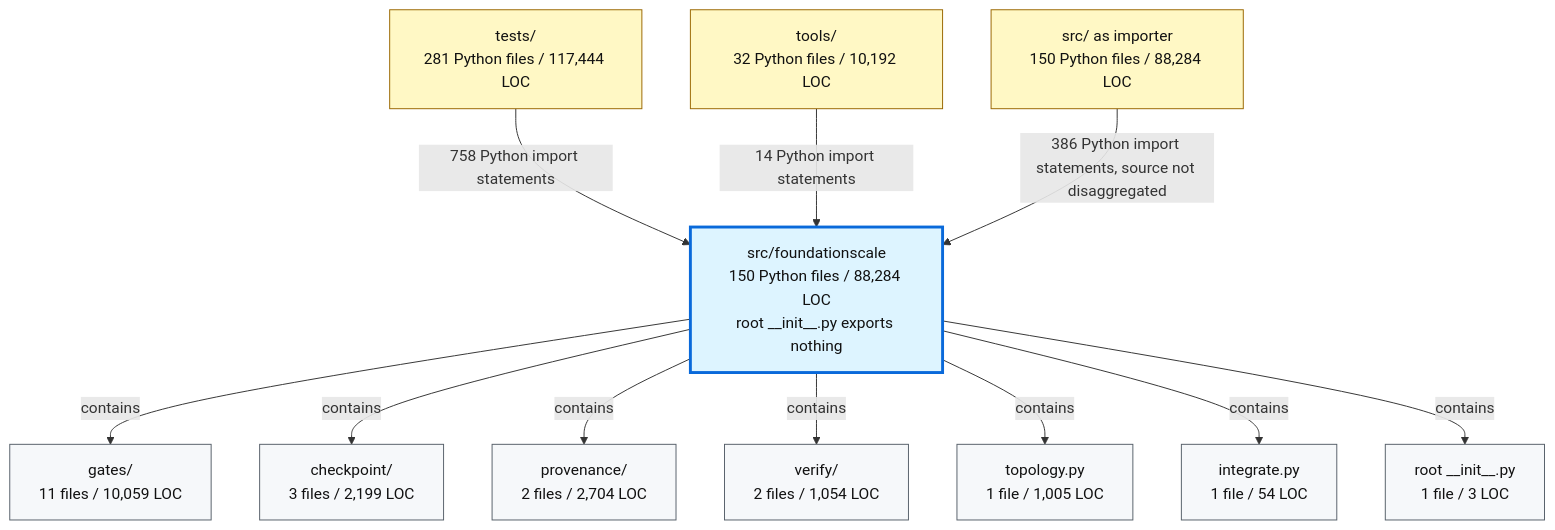
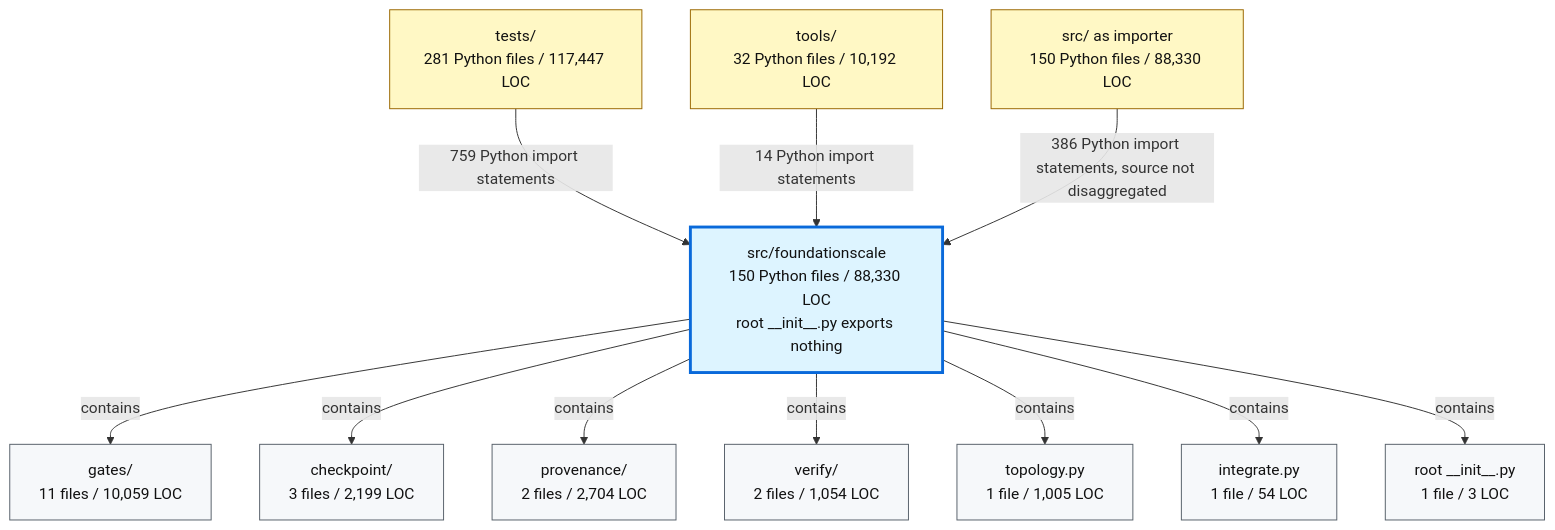
Before and after one commit to TranNhiem/FoundationScale: the second of 2 diagrams in docs/review/D2_current_architecture.md, drawn with Mermaid. The commit also changed other lines of this file and 14 other files, not shown here.

````diff
--- a/docs/review/D2_current_architecture.md
+++ b/docs/review/D2_current_architecture.md
@@ -97,36 +97,36 @@
 ```mermaid
 flowchart TB
-  TESTS["tests/<br/>281 Python files / 117,444 LOC"]
+  TESTS["tests/<br/>281 Python files / 117,447 LOC"]
   TOOLS["tools/<br/>32 Python files / 10,192 LOC"]
-  SRC["src/ as importer<br/>150 Python files / 88,284 LOC"]
+  SRC["src/ as importer<br/>150 Python files / 88,330 LOC"]
 
-  FS["src/foundationscale<br/>150 Python files / 88,284 LOC<br/>root __init__.py exports nothing"]
+  FS["src/foundationscale<br/>150 Python files / 88,330 LOC<br/>root __init__.py exports nothing"]
 
   GATES["gates/<br/>11 files / 10,059 LOC"]
   CKPT["checkpoint/<br/>3 files / 2,199 LOC"]
   PROV["provenance/<br/>2 files / 2,704 LOC"]
   VERIFY["verify/<br/>2 files / 1,054 LOC"]
   TOPO["topology.py<br/>1 file / 1,005 LOC"]
   INTEG["integrate.py<br/>1 file / 54 LOC"]
   ROOT["root __init__.py<br/>1 file / 3 LOC"]
 
-  TESTS -->|"758 Python import statements"| FS
+  TESTS -->|"759 Python import statements"| FS
   TOOLS -->|"14 Python import statements"| FS
   SRC -->|"386 Python import statements, source not disaggregated"| FS
 
   FS -->|"contains"| GATES
   FS -->|"contains"| CKPT
   FS -->|"contains"| PROV
   FS -->|"contains"| VERIFY
   FS -->|"contains"| TOPO
   FS -->|"contains"| INTEG
   FS -->|"contains"| ROOT
 
   classDef consumer fill:#fff8c5,stroke:#9a6700,color:#111;
   classDef package fill:#ddf4ff,stroke:#0969da,stroke-width:3px,color:#111;
   classDef module fill:#f6f8fa,stroke:#57606a,color:#111;
 
   class TESTS,TOOLS,SRC consumer;
   class FS package;
   class GATES,CKPT,PROV,VERIFY,TOPO,INTEG,ROOT module;
 ```
````
